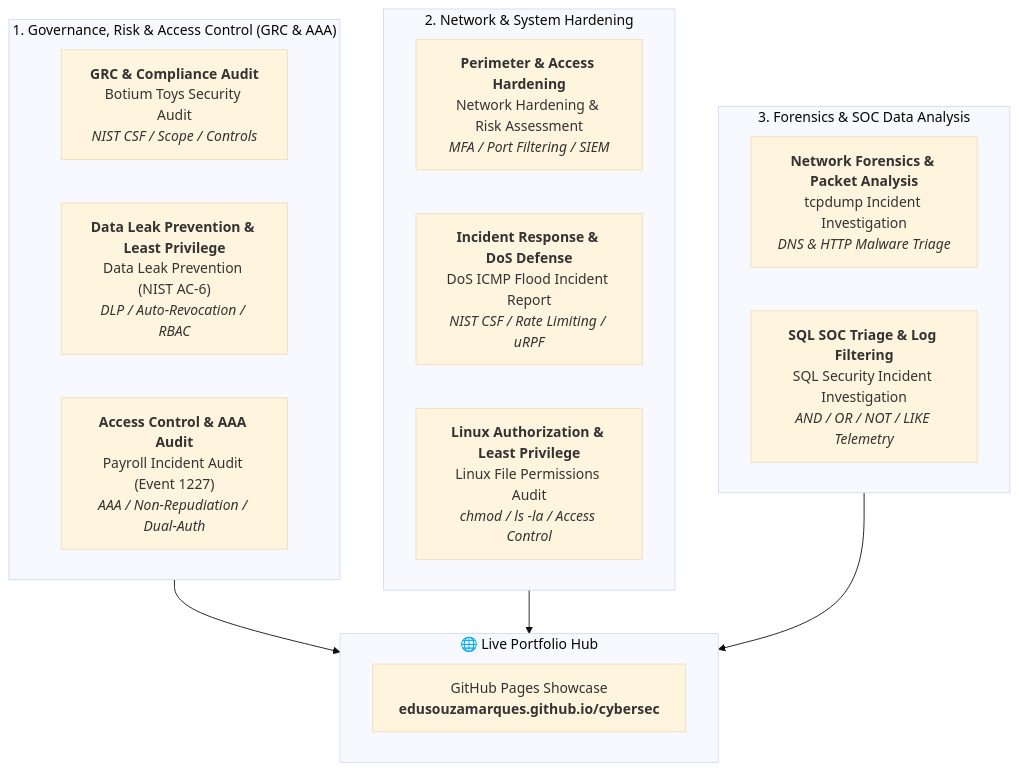
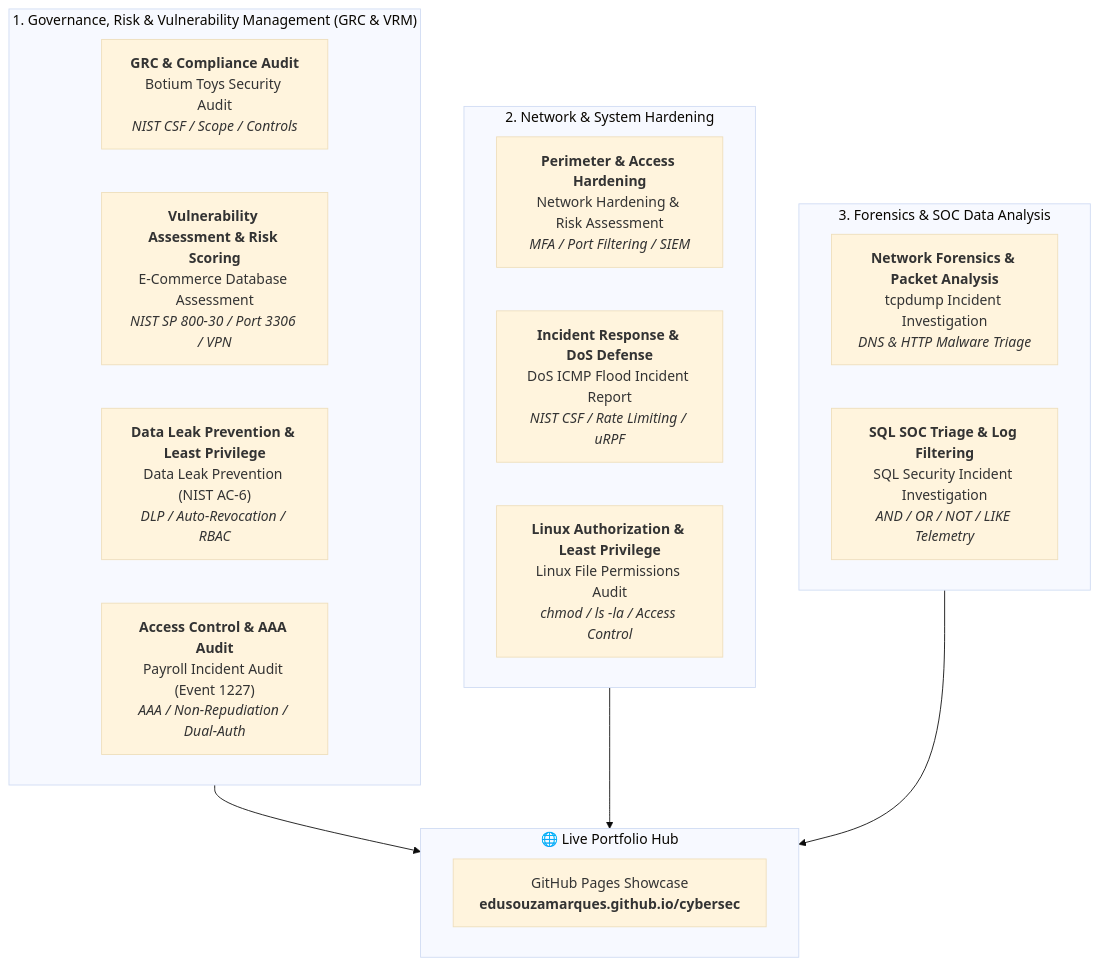
The diagram in README.md (edusouzamarques/edusouzamarques), drawn with Mermaid (base theme) before and after one commit. The commit also changed other lines of this file, not shown here.

Commit message:
docs: feature ecommerce-database-vulnerability-assessment in GRC & VRM showcase

````diff
--- a/README.md
+++ b/README.md
@@ -12,27 +12,28 @@
 ```mermaid
 flowchart TD
-    subgraph GRC["1. Governance, Risk & Access Control (GRC & AAA)"]
+    subgraph GRC["1. Governance, Risk & Vulnerability Management (GRC & VRM)"]
         L1["<b>GRC & Compliance Audit</b><br/>Botium Toys Security Audit<br/><i>NIST CSF / Scope / Controls</i>"]
-        L2["<b>Data Leak Prevention & Least Privilege</b><br/>Data Leak Prevention (NIST AC-6)<br/><i>DLP / Auto-Revocation / RBAC</i>"]
-        L3["<b>Access Control & AAA Audit</b><br/>Payroll Incident Audit (Event 1227)<br/><i>AAA / Non-Repudiation / Dual-Auth</i>"]
+        L2["<b>Vulnerability Assessment & Risk Scoring</b><br/>E-Commerce Database Assessment<br/><i>NIST SP 800-30 / Port 3306 / VPN</i>"]
+        L3["<b>Data Leak Prevention & Least Privilege</b><br/>Data Leak Prevention (NIST AC-6)<br/><i>DLP / Auto-Revocation / RBAC</i>"]
+        L4["<b>Access Control & AAA Audit</b><br/>Payroll Incident Audit (Event 1227)<br/><i>AAA / Non-Repudiation / Dual-Auth</i>"]
     end
 
     subgraph Defense["2. Network & System Hardening"]
-        L4["<b>Perimeter & Access Hardening</b><br/>Network Hardening & Risk Assessment<br/><i>MFA / Port Filtering / SIEM</i>"]
-        L5["<b>Incident Response & DoS Defense</b><br/>DoS ICMP Flood Incident Report<br/><i>NIST CSF / Rate Limiting / uRPF</i>"]
-        L6["<b>Linux Authorization & Least Privilege</b><br/>Linux File Permissions Audit<br/><i>chmod / ls -la / Access Control</i>"]
+        L5["<b>Perimeter & Access Hardening</b><br/>Network Hardening & Risk Assessment<br/><i>MFA / Port Filtering / SIEM</i>"]
+        L6["<b>Incident Response & DoS Defense</b><br/>DoS ICMP Flood Incident Report<br/><i>NIST CSF / Rate Limiting / uRPF</i>"]
+        L7["<b>Linux Authorization & Least Privilege</b><br/>Linux File Permissions Audit<br/><i>chmod / ls -la / Access Control</i>"]
     end
 
     subgraph Forensics["3. Forensics & SOC Data Analysis"]
-        L7["<b>Network Forensics & Packet Analysis</b><br/>tcpdump Incident Investigation<br/><i>DNS & HTTP Malware Triage</i>"]
-        L8["<b>SQL SOC Triage & Log Filtering</b><br/>SQL Security Incident Investigation<br/><i>AND / OR / NOT / LIKE Telemetry</i>"]
+        L8["<b>Network Forensics & Packet Analysis</b><br/>tcpdump Incident Investigation<br/><i>DNS & HTTP Malware Triage</i>"]
+        L9["<b>SQL SOC Triage & Log Filtering</b><br/>SQL Security Incident Investigation<br/><i>AND / OR / NOT / LIKE Telemetry</i>"]
     end
 
     subgraph Hub["🌐 Live Portfolio Hub"]
         Web["GitHub Pages Showcase<br/><b>edusouzamarques.github.io/cybersec</b>"]
     end
 
     GRC --> Hub
     Defense --> Hub
     Forensics --> Hub
 ```
````
